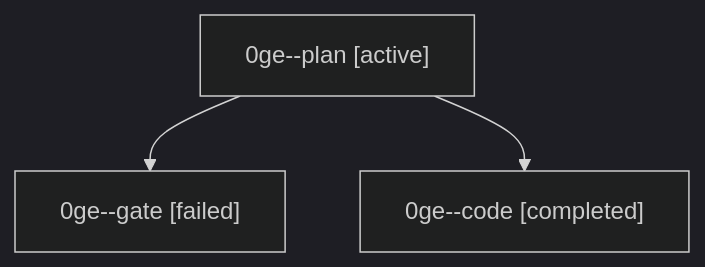
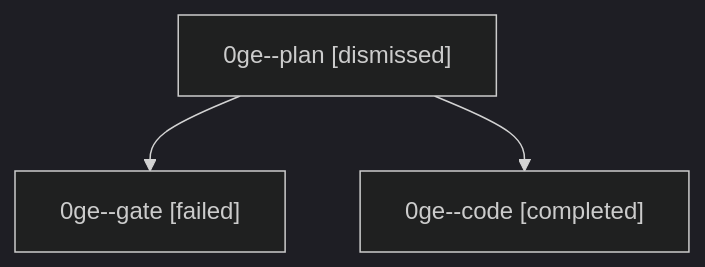
Before and after one commit to sase-org/sase--agents: the diagram in sessions/bbugyi200.athena.0ge.md, drawn with Mermaid (dark theme). The commit also changed other lines of this file and 24 other files, not shown here.

````diff
--- a/sessions/bbugyi200.athena.0ge.md
+++ b/sessions/bbugyi200.athena.0ge.md
@@ -9,8 +9,8 @@
 ```mermaid
 flowchart TD
-  n0["0ge--plan [active]"]
+  n0["0ge--plan [dismissed]"]
   n1["0ge--gate [failed]"]
   n0 --> n1
   n2["0ge--code [completed]"]
   n0 --> n2
 ```
````
